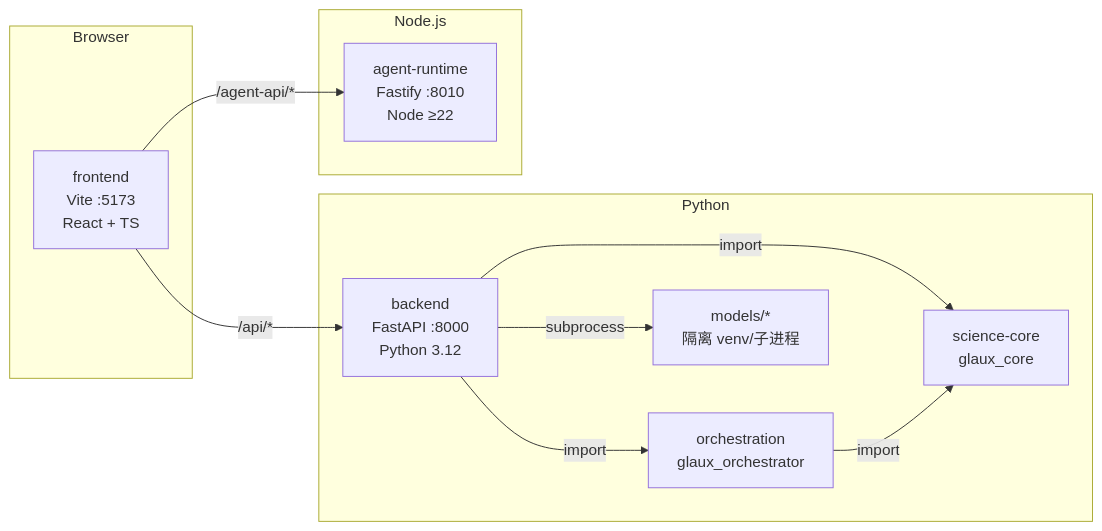
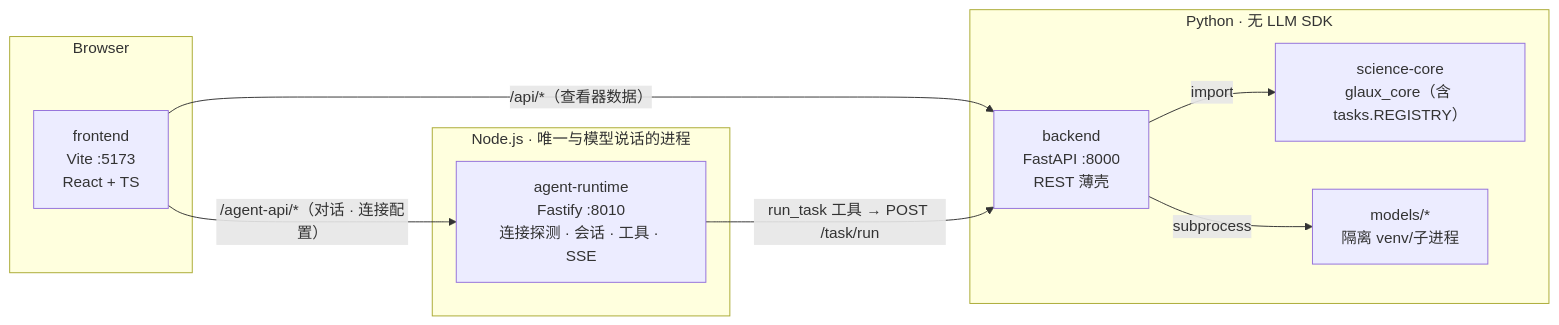
The first of 2 diagrams in docs/architecture.zh-CN.md (zhentai-sn/open-glaux), drawn with Mermaid before and after one commit. The commit also changed other lines of this file and 44 other files, not shown here.

````diff
--- a/docs/architecture.zh-CN.md
+++ b/docs/architecture.zh-CN.md
@@ -22,24 +22,22 @@
 ```mermaid
 graph LR
     subgraph Browser
         FE["frontend<br/>Vite :5173<br/>React + TS"]
     end
 
-    subgraph Python
-        BE["backend<br/>FastAPI :8000<br/>Python 3.12"]
-        SC["science-core<br/>glaux_core"]
-        OC["orchestration<br/>glaux_orchestrator"]
+    subgraph "Node.js · 唯一与模型说话的进程"
+        AR["agent-runtime<br/>Fastify :8010<br/>连接探测 · 会话 · 工具 · SSE"]
+    end
+
+    subgraph "Python · 无 LLM SDK"
+        BE["backend<br/>FastAPI :8000<br/>REST 薄壳"]
+        SC["science-core<br/>glaux_core（含 tasks.REGISTRY）"]
         MD["models/*<br/>隔离 venv/子进程"]
     end
 
-    subgraph Node.js
-        AR["agent-runtime<br/>Fastify :8010<br/>Node ≥22"]
-    end
-
-    FE -- "/api/*" --> BE
-    FE -- "/agent-api/*" --> AR
+    FE -- "/agent-api/*（对话 · 连接配置）" --> AR
+    FE -- "/api/*（查看器数据）" --> BE
+    AR -- "run_task 工具 → POST /task/run" --> BE
     BE -- "import" --> SC
-    BE -- "import" --> OC
-    OC -- "import" --> SC
     BE -- "subprocess" --> MD
 ```
````
